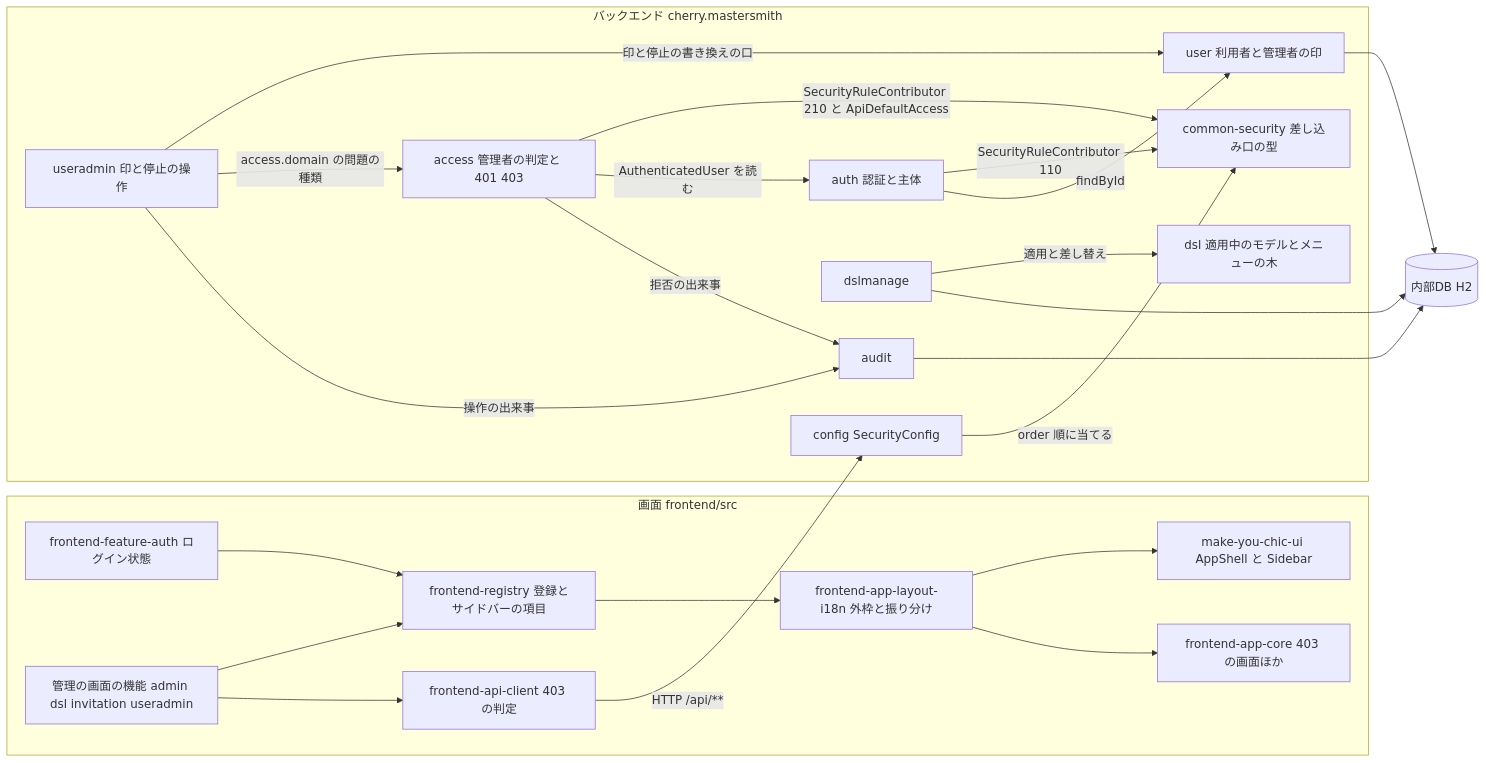
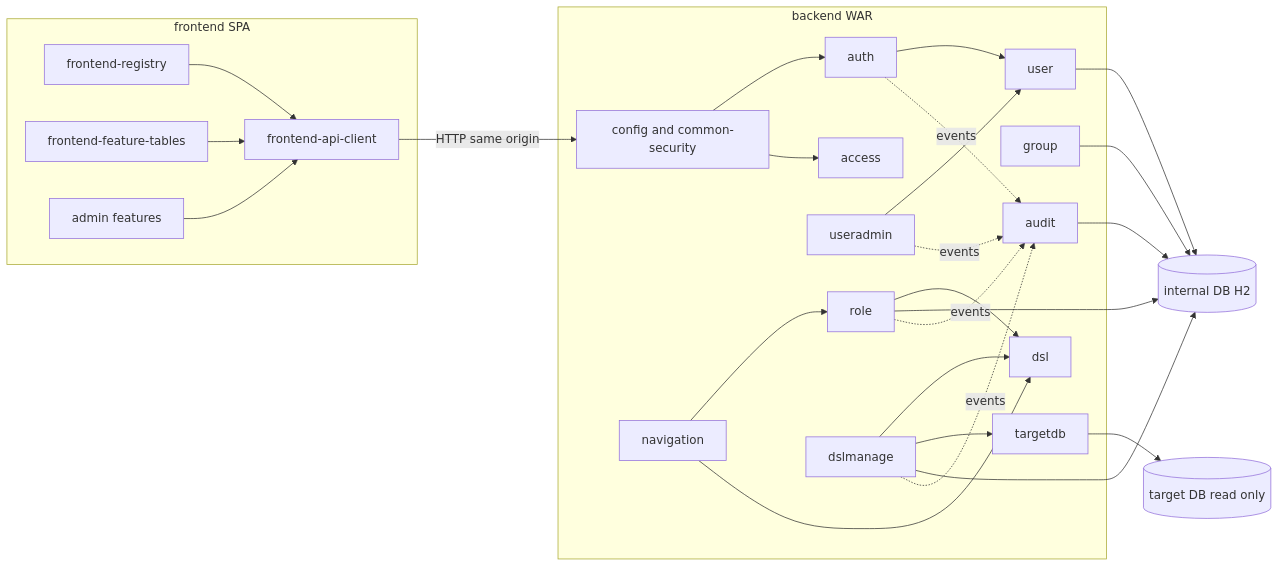
One commit to agwlvssainokuni/mastersmith2 changed the first of 6 diagrams in aidlc/spaces/default/codekb/mastersmith2/architecture.md. Above: the diagram before and after it, drawn with Mermaid. The commit also changed other lines of this file and 13 other files, not shown here.

````diff
--- a/aidlc/spaces/default/codekb/mastersmith2/architecture.md
+++ b/aidlc/spaces/default/codekb/mastersmith2/architecture.md
@@ -34,45 +20,48 @@
 ```mermaid
 flowchart LR
-  subgraph FE["画面 frontend/src"]
-    REG["frontend-registry 登録とサイドバーの項目"]
-    LAY["frontend-app-layout-i18n 外枠と振り分け"]
-    CORE["frontend-app-core 403 の画面ほか"]
-    FAUTH["frontend-feature-auth ログイン状態"]
-    FADM["管理の画面の機能 admin dsl invitation useradmin"]
-    APIC["frontend-api-client 403 の判定"]
-    MYC["make-you-chic-ui AppShell と Sidebar"]
+  subgraph FE["frontend SPA"]
+    REG["frontend-registry"]
+    TBL["frontend-feature-tables"]
+    ADMFE["admin features"]
+    API["frontend-api-client"]
   end
-  subgraph BE["バックエンド cherry.mastersmith"]
-    CFG["config SecurityConfig"]
-    SEC["common-security 差し込み口の型"]
-    AUTH["auth 認証と主体"]
-    ACC["access 管理者の判定と 401 403"]
-    USER["user 利用者と管理者の印"]
-    UA["useradmin 印と停止の操作"]
-    AUDIT["audit"]
-    DSL["dsl 適用中のモデルとメニューの木"]
+  subgraph BE["backend WAR"]
+    SEC["config and common-security"]
+    AUTH["auth"]
+    ACC["access"]
+    USR["user"]
+    UADM["useradmin"]
+    NAV["navigation"]
+    ROLE["role"]
+    GRP["group"]
+    DSL["dsl"]
     DSLM["dslmanage"]
+    TDB["targetdb"]
+    AUD["audit"]
   end
-  H2[("内部DB H2")]
-
-  FADM --> REG
-  FAUTH --> REG
-  REG --> LAY
-  LAY --> MYC
-  LAY --> CORE
-  FADM --> APIC
-  APIC -- "HTTP /api/**" --> CFG
-  CFG -- "order 順に当てる" --> SEC
-  AUTH -- "SecurityRuleContributor 110" --> SEC
-  ACC -- "SecurityRuleContributor 210 と ApiDefaultAccess" --> SEC
-  AUTH -- "findById" --> USER
-  ACC -- "AuthenticatedUser を読む" --> AUTH
-  UA -- "印と停止の書き換えの口" --> USER
-  UA -- "access.domain の問題の種類" --> ACC
-  ACC -- "拒否の出来事" --> AUDIT
-  UA -- "操作の出来事" --> AUDIT
-  DSLM -- "適用と差し替え" --> DSL
-  USER --> H2
-  AUDIT --> H2
+  H2[("internal DB H2")]
+  TARGET[("target DB read only")]
+  REG --> API
+  TBL --> API
+  ADMFE --> API
+  API -->|HTTP same origin| SEC
+  SEC --> AUTH
+  SEC --> ACC
+  AUTH --> USR
+  UADM --> USR
+  NAV --> ROLE
+  NAV --> DSL
+  ROLE --> DSL
+  DSLM --> DSL
+  DSLM --> TDB
+  TDB --> TARGET
+  USR --> H2
+  ROLE --> H2
+  GRP --> H2
   DSLM --> H2
+  AUD --> H2
+  ROLE -.->|events| AUD
+  UADM -.->|events| AUD
+  DSLM -.->|events| AUD
+  AUTH -.->|events| AUD
 ```
````
